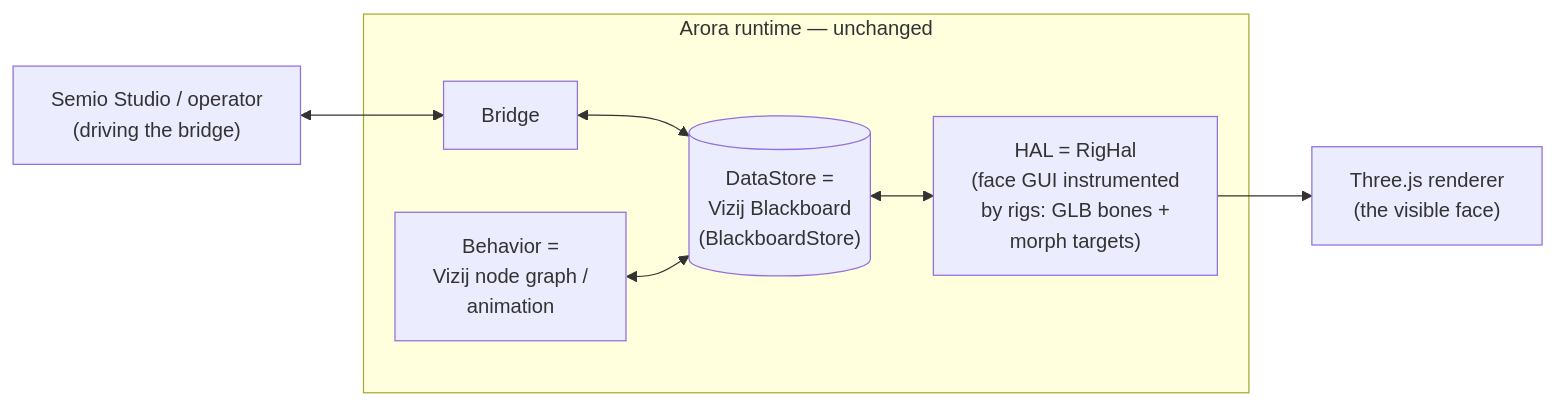
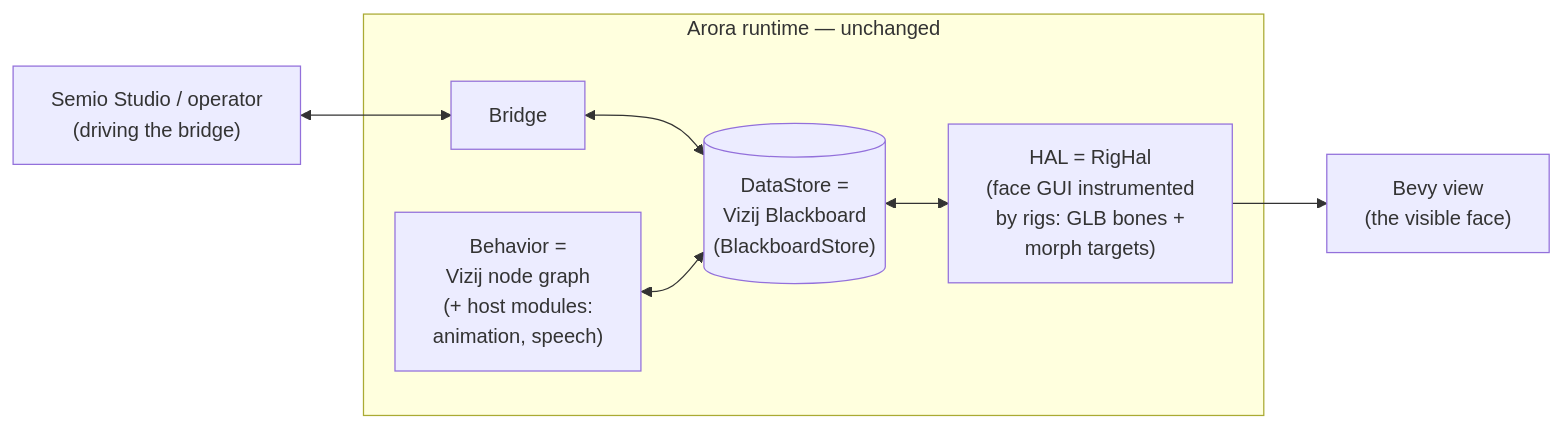
Before and after one commit to vizij-ai/vizij-docs: the diagram in current_documentation/concepts/VIZIJ_ON_ARORA.md, drawn with Mermaid. The commit also changed other lines of this file and 7 other files, not shown here.

````diff
--- a/current_documentation/concepts/VIZIJ_ON_ARORA.md
+++ b/current_documentation/concepts/VIZIJ_ON_ARORA.md
@@ -15,19 +15,19 @@
 ```mermaid
 graph LR
     studio["Semio Studio / operator\n(driving the bridge)"]
 
     subgraph runtime["Arora runtime — unchanged"]
         bridge["Bridge"]
         store[("DataStore =\nVizij Blackboard\n(BlackboardStore)")]
-        behavior["Behavior =\nVizij node graph /\nanimation"]
+        behavior["Behavior =\nVizij node graph\n(+ host modules:\nanimation, speech)"]
         hal["HAL = RigHal\n(face GUI instrumented\nby rigs: GLB bones +\nmorph targets)"]
     end
 
-    renderer["Three.js renderer\n(the visible face)"]
+    renderer["Bevy view\n(the visible face)"]
 
     studio <--> bridge
     bridge <--> store
     behavior <--> store
     store <--> hal
     hal --> renderer
 ```
````
